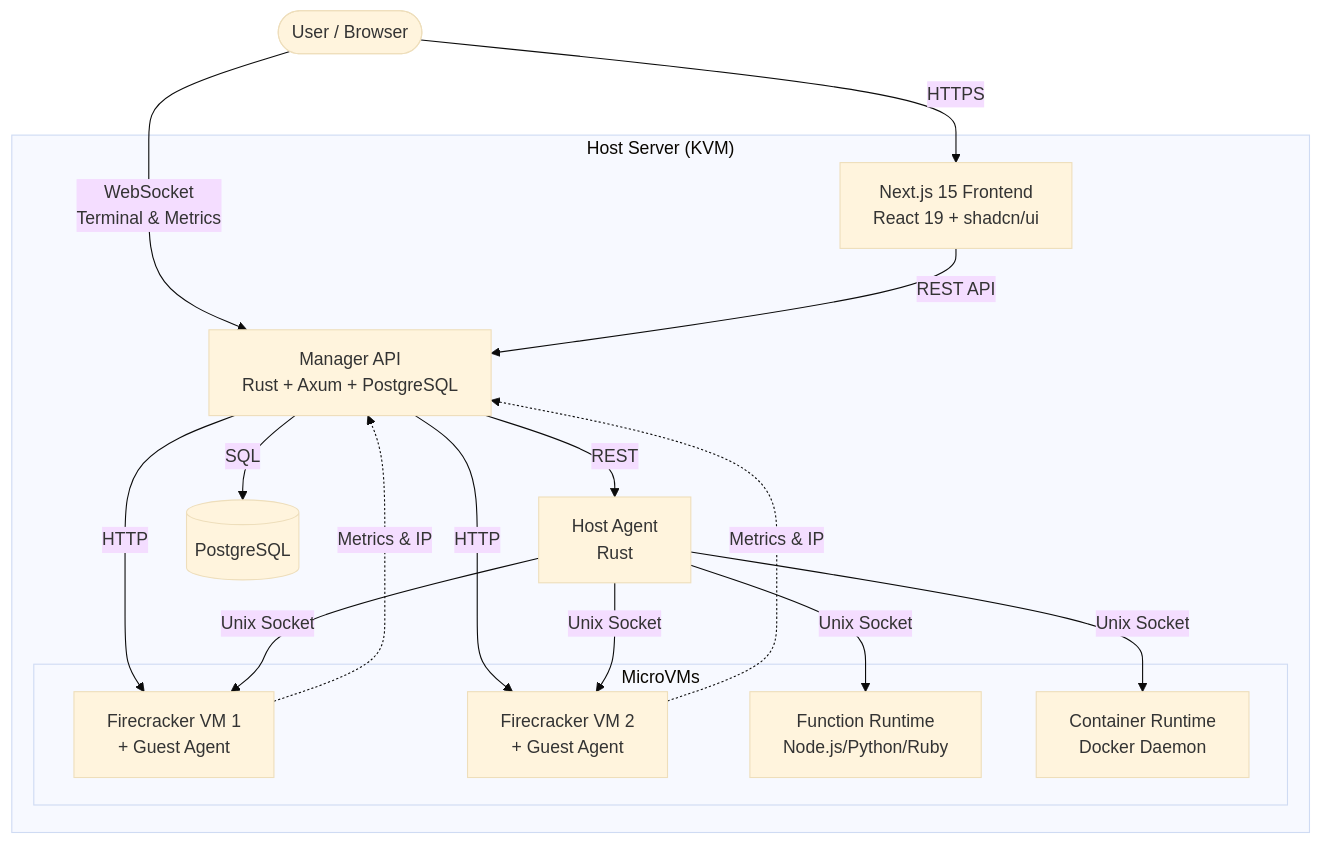
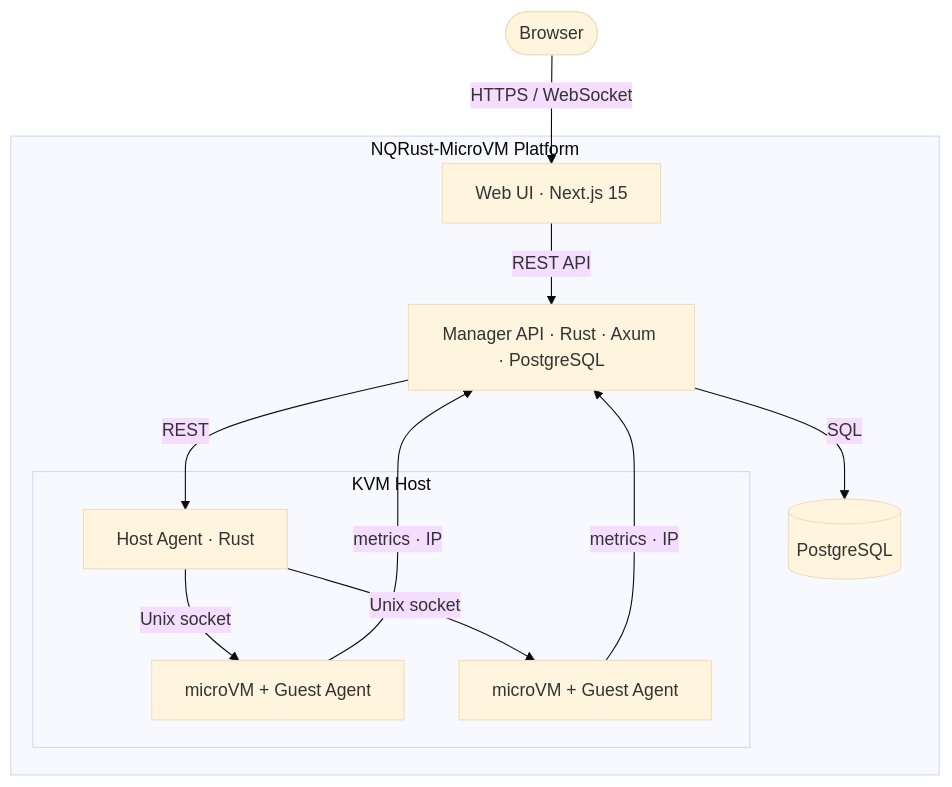
Before and after one commit to NexusQuantum/NQRust-MicroVM: the diagram in README.md, drawn with Mermaid (base theme). The commit also changed other lines of this file and 2 other files, not shown here.

Commit message:
chore: update README, OpenAPI spec, and vms.json API content

````diff
--- a/README.md
+++ b/README.md
@@ -140,31 +99,25 @@
 ```mermaid
 graph TD
-    User([User / Browser])
-    subgraph "Host Server (KVM)"
-        Frontend[Next.js 15 Frontend<br/>React 19 + shadcn/ui]
-        Manager[Manager API<br/>Rust + Axum + PostgreSQL]
-        Agent[Host Agent<br/>Rust]
-        DB[(PostgreSQL)]
+    Browser([Browser])
 
-        subgraph "MicroVMs"
-            VM1[Firecracker VM 1<br/>+ Guest Agent]
-            VM2[Firecracker VM 2<br/>+ Guest Agent]
-            VM3[Function Runtime<br/>Node.js/Python/Ruby]
-            VM4[Container Runtime<br/>Docker Daemon]
+    subgraph Platform["NQRust-MicroVM Platform"]
+        UI["Web UI · Next.js 15"]
+        Manager["Manager API · Rust · Axum · PostgreSQL"]
+        DB[("PostgreSQL")]
+
+        subgraph Host["KVM Host"]
+            Agent["Host Agent · Rust"]
+            VM1["microVM + Guest Agent"]
+            VM2["microVM + Guest Agent"]
         end
     end
 
-    User -->|HTTPS| Frontend
-    User -->|WebSocket<br/>Terminal & Metrics| Manager
-    Frontend -->|REST API| Manager
-    Manager -->|SQL| DB
-    Manager -->|REST| Agent
-    Manager -->|HTTP| VM1
-    Manager -->|HTTP| VM2
-    Agent -->|Unix Socket| VM1
-    Agent -->|Unix Socket| VM2
-    Agent -->|Unix Socket| VM3
-    Agent -->|Unix Socket| VM4
-    VM1 -.->|Metrics & IP| Manager
-    VM2 -.->|Metrics & IP| Manager
+    Browser -->|"HTTPS / WebSocket"| UI
+    UI -->|"REST API"| Manager
+    Manager -->|"SQL"| DB
+    Manager -->|"REST"| Agent
+    Agent -->|"Unix socket"| VM1
+    Agent -->|"Unix socket"| VM2
+    VM1 -->|"metrics · IP"| Manager
+    VM2 -->|"metrics · IP"| Manager
 ```
````
